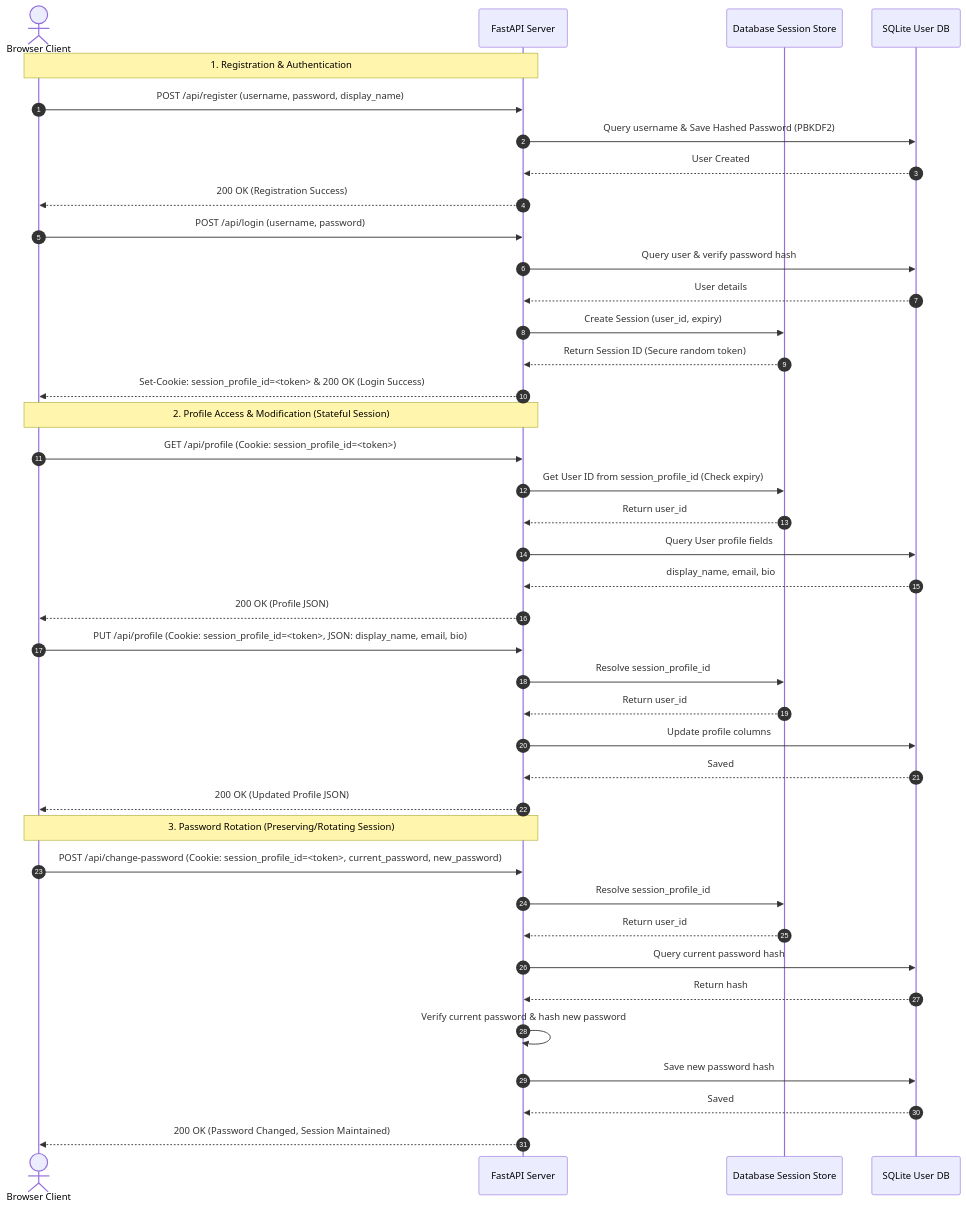
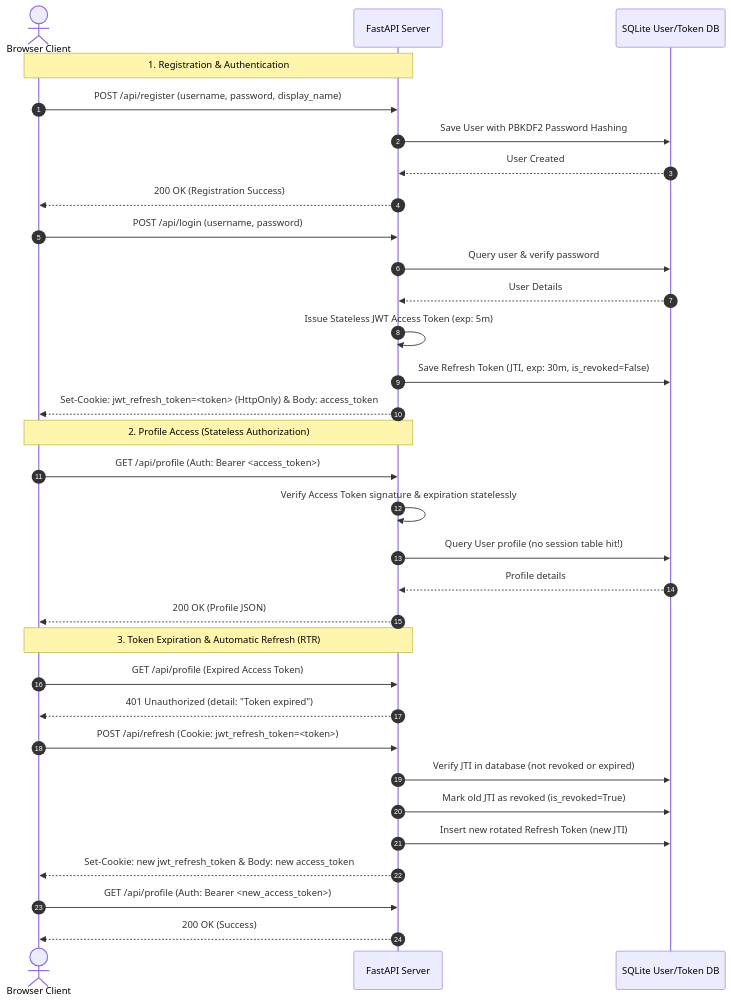
The diagram in jwt_profile_app/README.md (ntirth005/Auth2Prod), drawn with Mermaid before and after one commit. The commit also changed other lines of this file and 2 other files, not shown here.

Commit message:
docs: update readme files with security analysis and add automated token lifecycle test script

````diff
--- a/jwt_profile_app/README.md
+++ b/jwt_profile_app/README.md
@@ -9,47 +9,38 @@
 ```mermaid
 sequenceDiagram
     autonumber
     actor Client as Browser Client
     participant Server as FastAPI Server
-    participant SessionStore as Database Session Store
-    participant DB as SQLite User DB
+    participant DB as SQLite User/Token DB
 
     Note over Client, Server: 1. Registration & Authentication
     Client->>Server: POST /api/register (username, password, display_name)
-    Server->>DB: Query username & Save Hashed Password (PBKDF2)
+    Server->>DB: Save User with PBKDF2 Password Hashing
     DB-->>Server: User Created
     Server-->>Client: 200 OK (Registration Success)
     
     Client->>Server: POST /api/login (username, password)
-    Server->>DB: Query user & verify password hash
-    DB-->>Server: User details
-    Server->>SessionStore: Create Session (user_id, expiry)
-    SessionStore-->>Server: Return Session ID (Secure random token)
-    Server-->>Client: Set-Cookie: session_profile_id=<token> & 200 OK (Login Success)
+    Server->>DB: Query user & verify password
+    DB-->>Server: User Details
+    Server->>Server: Issue Stateless JWT Access Token (exp: 5m)
+    Server->>DB: Save Refresh Token (JTI, exp: 30m, is_revoked=False)
+    Server-->>Client: Set-Cookie: jwt_refresh_token=<token> (HttpOnly) & Body: access_token
 
-    Note over Client, Server: 2. Profile Access & Modification (Stateful Session)
-    Client->>Server: GET /api/profile (Cookie: session_profile_id=<token>)
-    Server->>SessionStore: Get User ID from session_profile_id (Check expiry)
-    SessionStore-->>Server: Return user_id
-    Server->>DB: Query User profile fields
-    DB-->>Server: display_name, email, bio
+    Note over Client, Server: 2. Profile Access (Stateless Authorization)
+    Client->>Server: GET /api/profile (Auth: Bearer <access_token>)
+    Server->>Server: Verify Access Token signature & expiration statelessly
+    Server->>DB: Query User profile (no session table hit!)
+    DB-->>Server: Profile details
     Server-->>Client: 200 OK (Profile JSON)
 
-    Client->>Server: PUT /api/profile (Cookie: session_profile_id=<token>, JSON: display_name, email, bio)
-    Server->>SessionStore: Resolve session_profile_id
-    SessionStore-->>Server: Return user_id
-    Server->>DB: Update profile columns
-    DB-->>Server: Saved
-    Server-->>Client: 200 OK (Updated Profile JSON)
-
-    Note over Client, Server: 3. Password Rotation (Preserving/Rotating Session)
-    Client->>Server: POST /api/change-password (Cookie: session_profile_id=<token>, current_password, new_password)
-    Server->>SessionStore: Resolve session_profile_id
-    SessionStore-->>Server: Return user_id
-    Server->>DB: Query current password hash
-    DB-->>Server: Return hash
-    Server->>Server: Verify current password & hash new password
-    Server->>DB: Save new password hash
-    DB-->>Server: Saved
-    Server-->>Client: 200 OK (Password Changed, Session Maintained)
+    Note over Client, Server: 3. Token Expiration & Automatic Refresh (RTR)
+    Client->>Server: GET /api/profile (Expired Access Token)
+    Server-->>Client: 401 Unauthorized (detail: "Token expired")
+    Client->>Server: POST /api/refresh (Cookie: jwt_refresh_token=<token>)
+    Server->>DB: Verify JTI in database (not revoked or expired)
+    Server->>DB: Mark old JTI as revoked (is_revoked=True)
+    Server->>DB: Insert new rotated Refresh Token (new JTI)
+    Server-->>Client: Set-Cookie: new jwt_refresh_token & Body: new access_token
+    Client->>Server: GET /api/profile (Auth: Bearer <new_access_token>)
+    Server-->>Client: 200 OK (Success)
 ```
````
